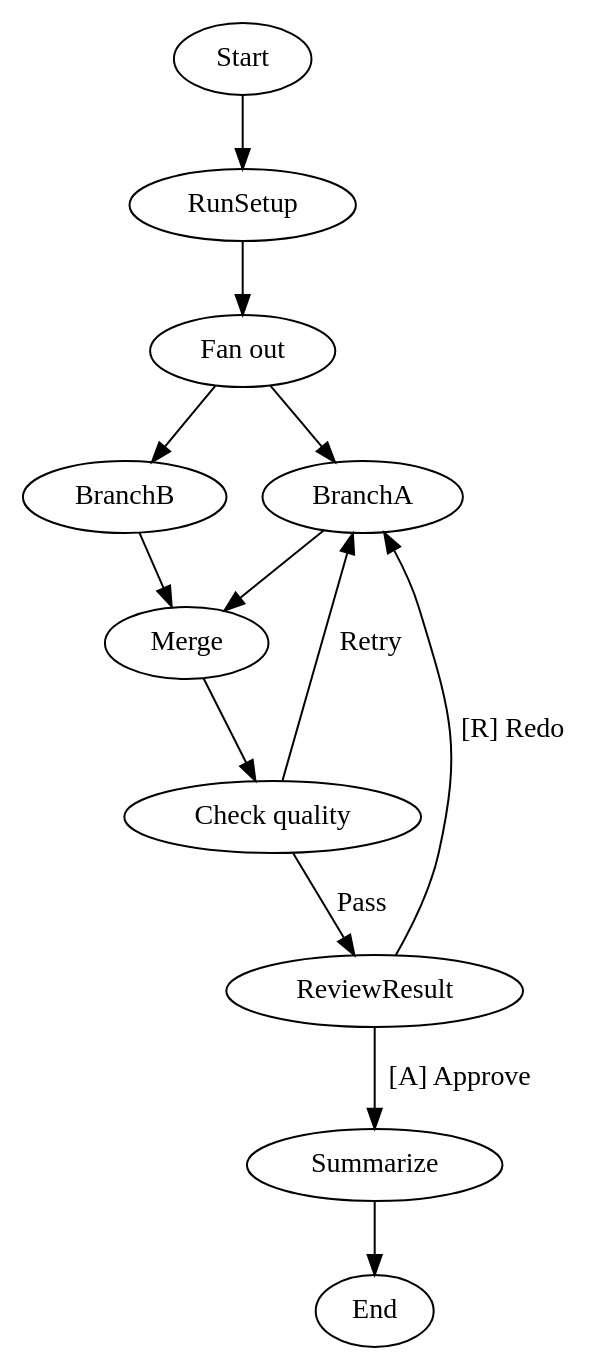
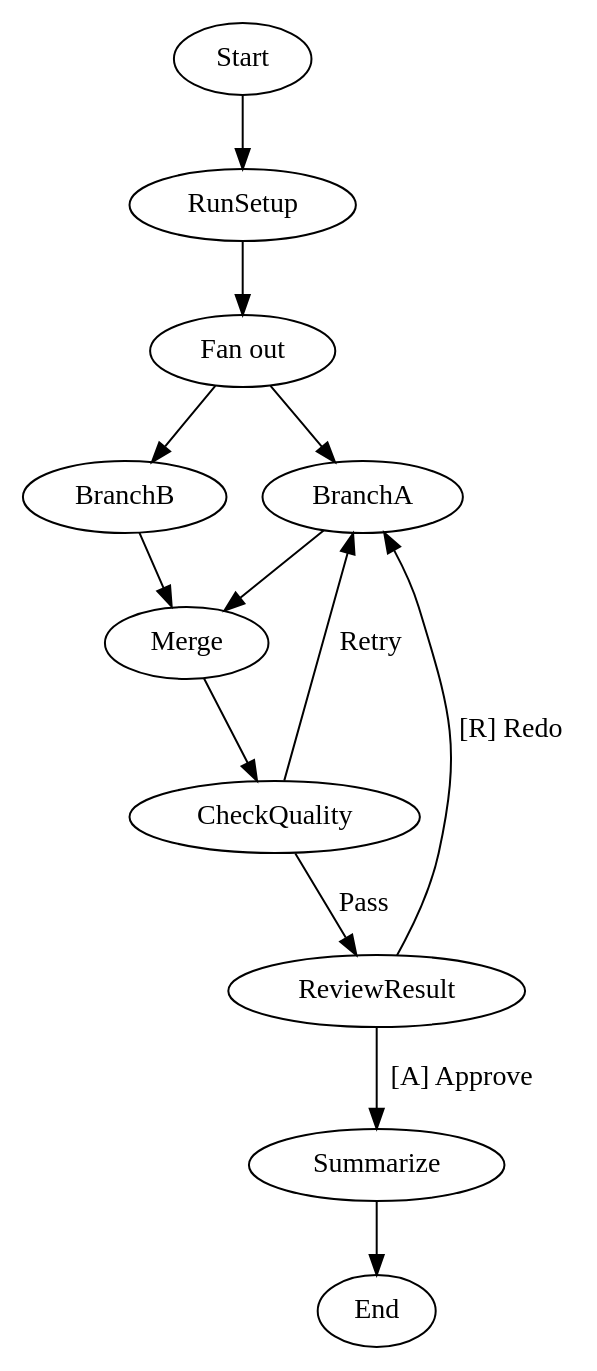
Before and after one commit to stencila/stencila: the diagram in .stencila/workflows/test-kitchen-sink/WORKFLOW.md, drawn with Graphviz. The commit also changed 20 other files, not shown here.

````diff
--- a/.stencila/workflows/test-kitchen-sink/WORKFLOW.md
+++ b/.stencila/workflows/test-kitchen-sink/WORKFLOW.md
@@ -12,32 +12,32 @@
 ```dot
 digraph Workflow {
   Start -> RunSetup
 
-  RunSetup [cmd="echo setup-complete"]
+  RunSetup [shell="echo setup-complete"]
   RunSetup -> FanOut
 
   FanOut [label="Fan out"]
   FanOut -> BranchA
   FanOut -> BranchB
 
   BranchA [prompt="Reply with ONLY the word: alpha", class="analysis"]
   BranchA -> Merge
 
   BranchB [prompt="Reply with ONLY the word: beta", class="analysis", max_retries=1]
   BranchB -> Merge
 
   Merge [prompt="Combine the words from parallel branches into a comma-separated list. Reply with ONLY the list."]
   Merge -> CheckQuality
 
-  CheckQuality [label="Check quality"]
+  CheckQuality [branch="Check quality"]
   CheckQuality -> ReviewResult  [label="Pass", condition="outcome=success"]
   CheckQuality -> BranchA       [label="Retry", condition="outcome!=success"]
 
   ReviewResult [ask="Approve the merged result?"]
   ReviewResult -> Summarize     [label="[A] Approve"]
   ReviewResult -> BranchA       [label="[R] Redo"]
 
   Summarize [prompt="Reply with ONLY the word: done"]
   Summarize -> End
 }
 ```
````
